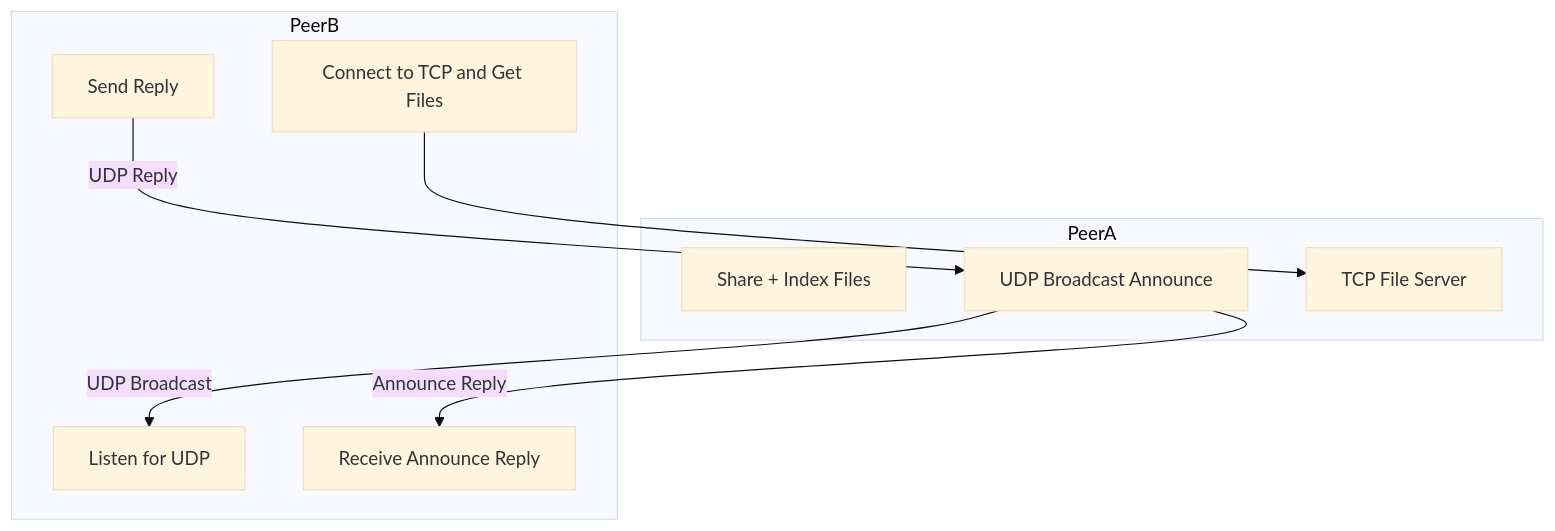
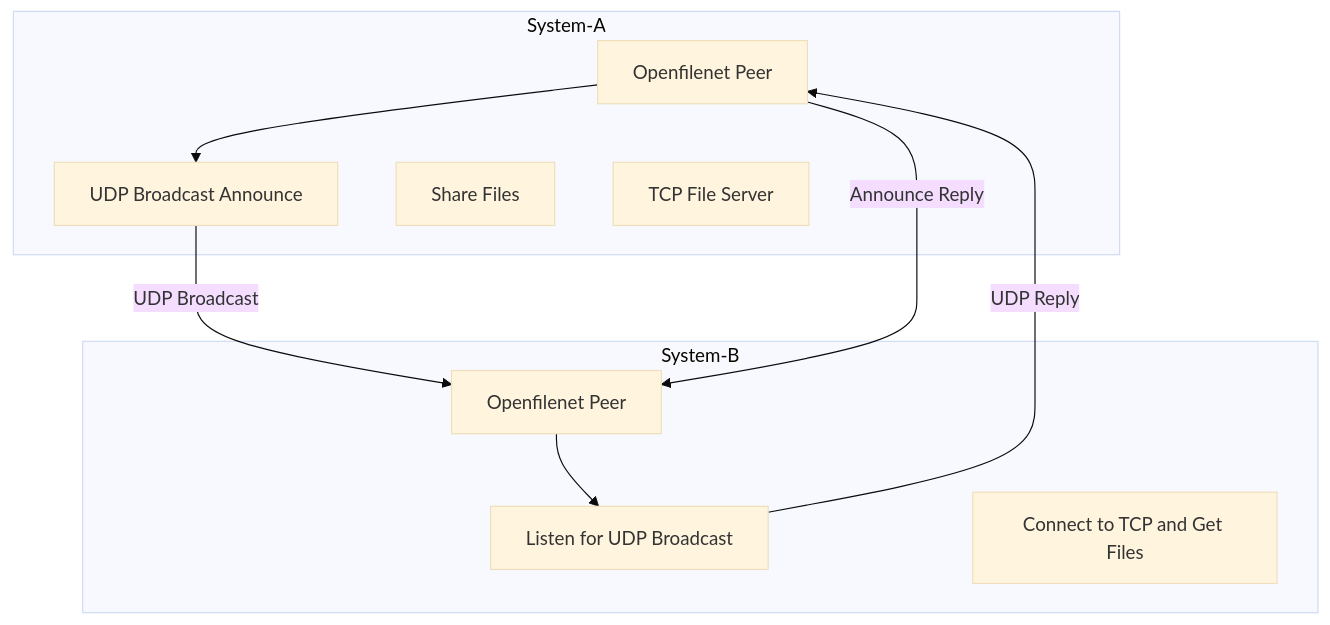
The diagram in README.md (vamsi-karnam/openfilenet), drawn with Mermaid (base theme) before and after one commit.

````diff
--- a/README.md
+++ b/README.md
@@ -44,22 +44,23 @@
 ```mermaid
 flowchart TD
 
-subgraph PeerA
-  A1[Share + Index Files]
-  A2[UDP Broadcast Announce]
+subgraph System-A
+  P1[Openfilenet Peer]
+  A1[UDP Broadcast Announce]
+  A2[Share Files]
   A3[TCP File Server]
 end
 
-subgraph PeerB
-  B1[Listen for UDP]
-  B2[Send Reply]
-  B3[Receive Announce Reply]
-  B4[Connect to TCP and Get Files]
+subgraph System-B
+  P2[Openfilenet Peer]
+  B1[Listen for UDP Broadcast]
+  B2[Connect to TCP and Get Files]
 end
 
-A2 -- "UDP Broadcast" --> B1
-B2 -- "UDP Reply" --> A2
-A2 -- "Announce Reply" --> B3
-B4 --> A3
+P1 --> A1
+A1 -- "UDP Broadcast" --> P2
+P2 --> B1
+B1 -- "UDP Reply" --> P1
+P1 -- "Announce Reply" --> P2
 
 ```
````
